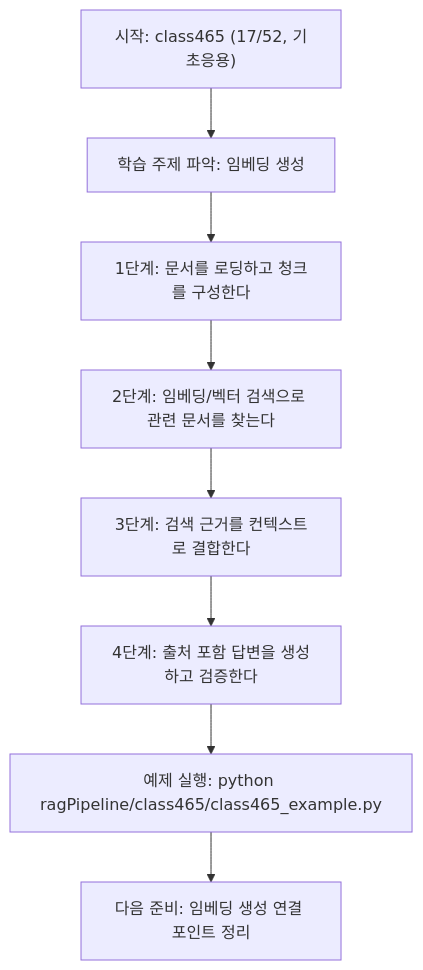
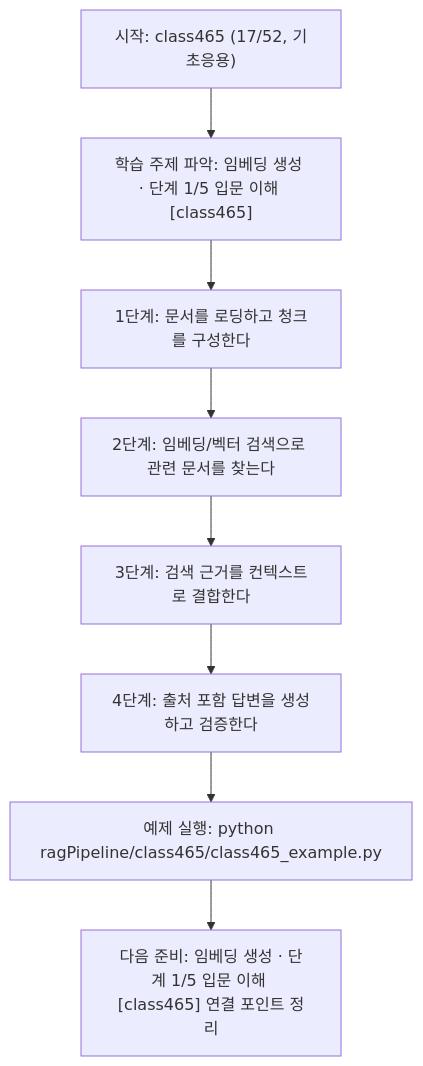
One commit to edumgt/Python-AI_Agent-Class changed the diagram in ragPipeline/class465/class465.md. Above: the diagram before and after it, drawn with Mermaid. The commit also changed other lines of this file and 522 other files, not shown here.

````diff
--- a/ragPipeline/class465/class465.md
+++ b/ragPipeline/class465/class465.md
@@ -109,18 +110,18 @@
 ```mermaid
 flowchart TD
 N1["시작: class465 (17/52, 기초응용)"]
-N2["학습 주제 파악: 임베딩 생성"]
+N2["학습 주제 파악: 임베딩 생성 · 단계 1/5 입문 이해 [class465]"]
 N3["1단계: 문서를 로딩하고 청크를 구성한다"]
 N4["2단계: 임베딩/벡터 검색으로 관련 문서를 찾는다"]
 N5["3단계: 검색 근거를 컨텍스트로 결합한다"]
 N6["4단계: 출처 포함 답변을 생성하고 검증한다"]
 N7["예제 실행: python ragPipeline/class465/class465_example.py"]
-N8["다음 준비: 임베딩 생성 연결 포인트 정리"]
+N8["다음 준비: 임베딩 생성 · 단계 1/5 입문 이해 [class465] 연결 포인트 정리"]
 N1 --> N2
 N2 --> N3
 N3 --> N4
 N4 --> N5
 N5 --> N6
 N6 --> N7
 N7 --> N8
 ```
````
